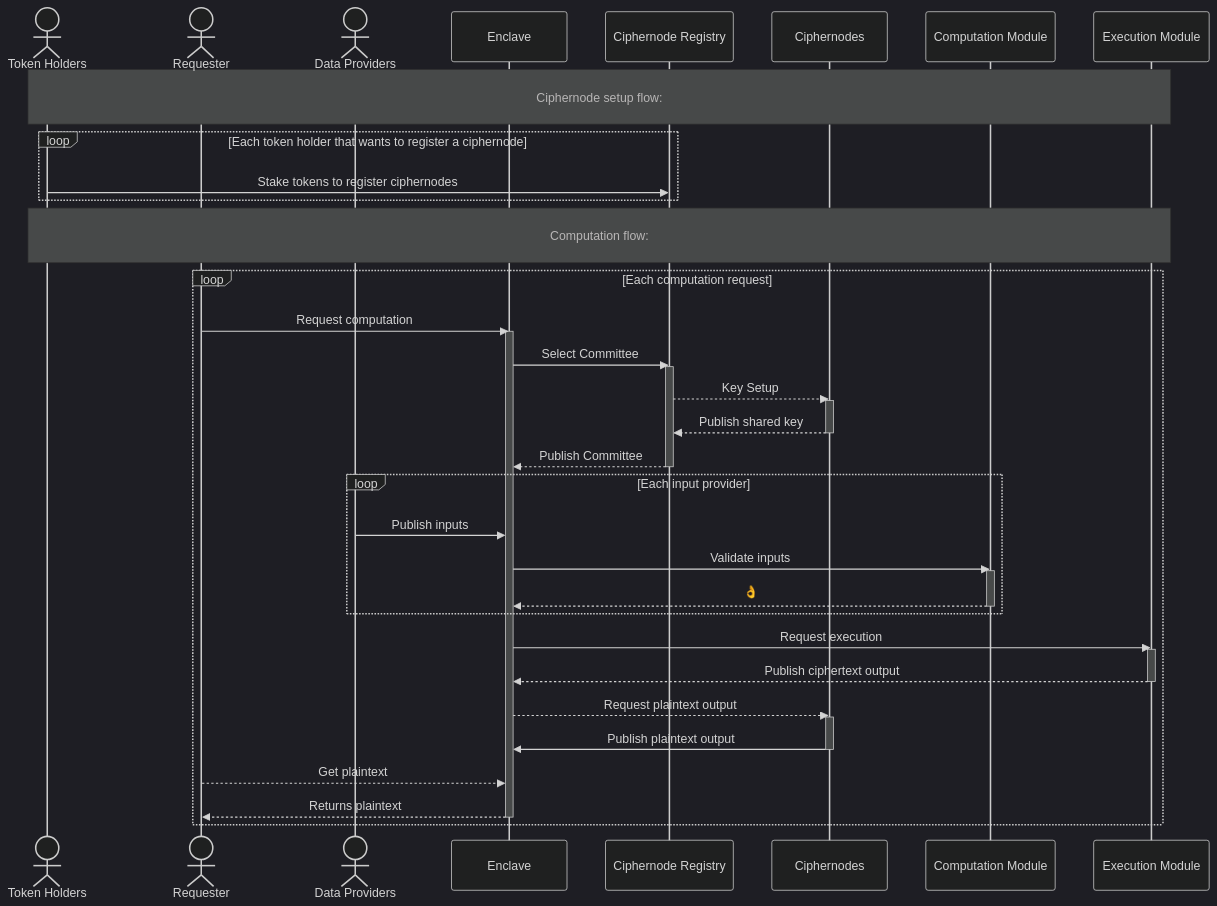
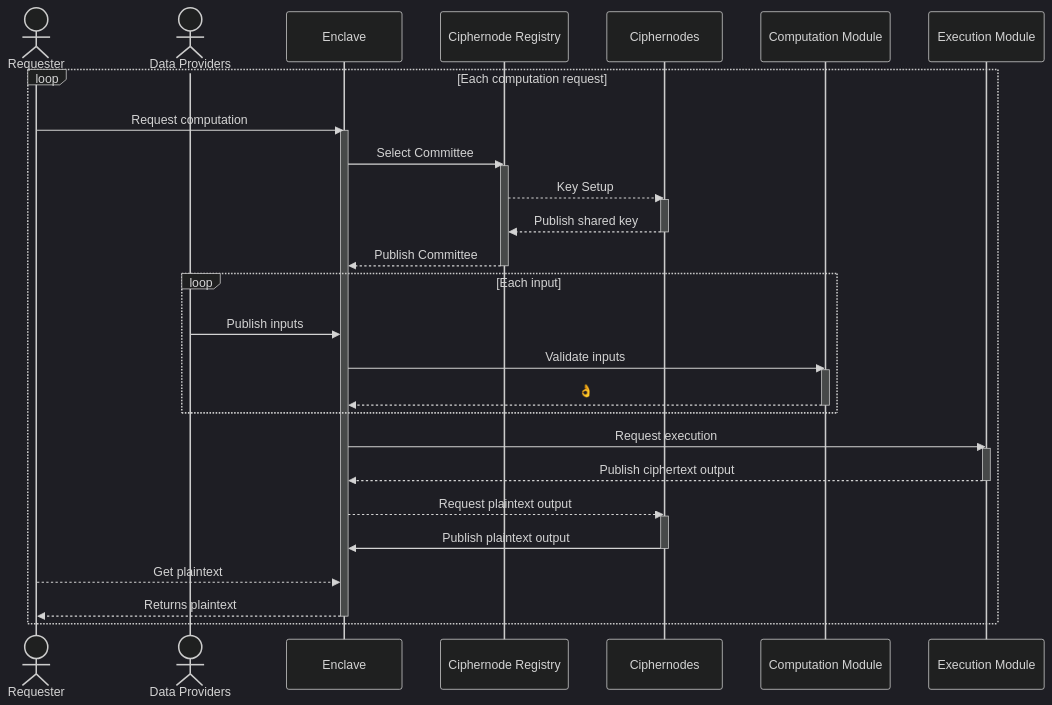
The diagram in README.md (gnosisguild/enclave), drawn with Mermaid (dark theme) before and after one commit.

Commit message:
remove token holders from sequence diagram

````diff
--- a/README.md
+++ b/README.md
@@ -18,55 +18,46 @@
 ```mermaid
 sequenceDiagram
-    actor Token Holders
     actor Requester
     actor Data Providers
     participant Enclave
     participant Ciphernode Registry
     participant Ciphernodes
     participant Computation Module
     participant Execution Module
-
-    Note over Token Holders, Execution Module: <br/>Ciphernode setup flow:<br/>
-
-    loop Each token holder that wants to register a ciphernode
-        Token Holders ->> Ciphernode Registry: Stake tokens to register ciphernodes
-    end
-
-    Note over Token Holders, Execution Module: <br/>Computation flow:<br/>
 
     loop Each computation request
         Requester ->> Enclave: Request computation
         activate Enclave
             Enclave ->> Ciphernode Registry: Select Committee
             activate Ciphernode Registry
                 Ciphernode Registry -->> Ciphernodes: Key Setup
                 activate Ciphernodes
                     Ciphernodes -->> Ciphernode Registry: Publish shared key
                 deactivate Ciphernodes
                 Ciphernode Registry -->> Enclave: Publish Committee
             deactivate Ciphernode Registry
 
-            loop Each input provider
+            loop Each input
                 Data Providers ->> Enclave: Publish inputs
                 Enclave ->> Computation Module: Validate inputs
                 activate Computation Module
                     Computation Module -->> Enclave: 👌
                 deactivate Computation Module
             end
 
             Enclave ->> Execution Module: Request execution
             activate Execution Module
             Execution Module -->> Enclave: Publish ciphertext output
             deactivate Execution Module
 
             Enclave -->> Ciphernodes: Request plaintext output
             activate Ciphernodes
                 Ciphernodes ->> Enclave: Publish plaintext output
             deactivate Ciphernodes
 
             Requester -->> Enclave: Get plaintext
             Enclave -->> Requester: Returns plaintext
         deactivate Enclave
     end
 
 ```
````
